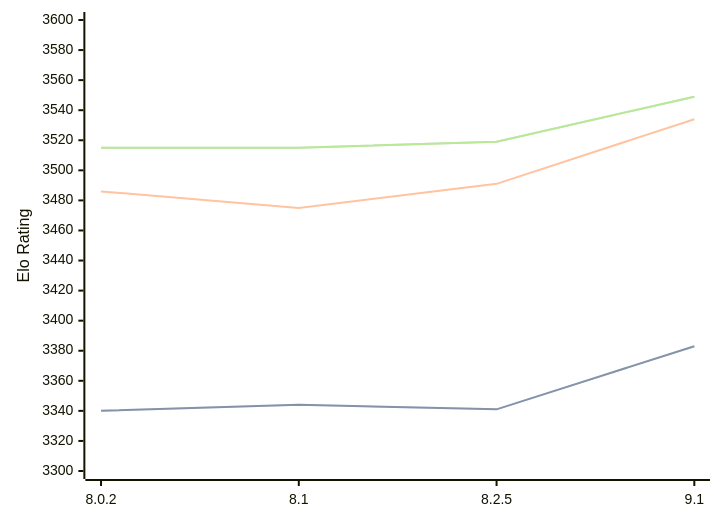
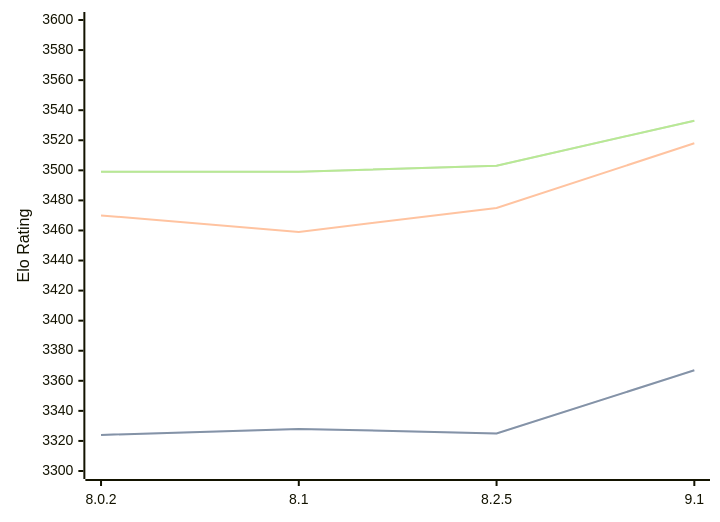
The diagram in engines/Clover.md (computer-chess-index/cci), drawn with Mermaid before and after one commit. The commit also changed other lines of this file, not shown here.

Commit message:
Update CCI Ratings (ELO VLTC) - 2026-05-20

````diff
--- a/engines/Clover.md
+++ b/engines/Clover.md
@@ -64,11 +64,11 @@
 ```mermaid
 %%{init: {"theme":"base","themeVariables":{"seriesColors:['#a3a3a3','#222221','#faa371']}}}%%
 xychart-beta
   x-axis ["8.0.2", "8.1", "8.2.5", "9.1"]
   y-axis "Elo Rating" 3300 --> 3600
-  line "STC (8.0+0.08s)" [3340, 3344, 3341, 3383]
-  line "STC (8.0+0.08s)" [3340, 3344, 3341, 3383]
-  line "LTC (60.0+0.60s)" [3486, 3475, 3491, 3534]
-  line "VLTC (2m24s+1.12s)" [3515, 3515, 3519, 3549]
-  line "VLTC (2m24s+1.12s)" [3515, 3515, 3519, 3549]
+  line "STC (8.0+0.08s)" [3324, 3328, 3325, 3367]
+  line "STC (8.0+0.08s)" [3324, 3328, 3325, 3367]
+  line "LTC (60.0+0.60s)" [3470, 3459, 3475, 3518]
+  line "VLTC (2m24s+1.12s)" [3499, 3499, 3503, 3533]
+  line "VLTC (2m24s+1.12s)" [3499, 3499, 3503, 3533]
 ```
````
